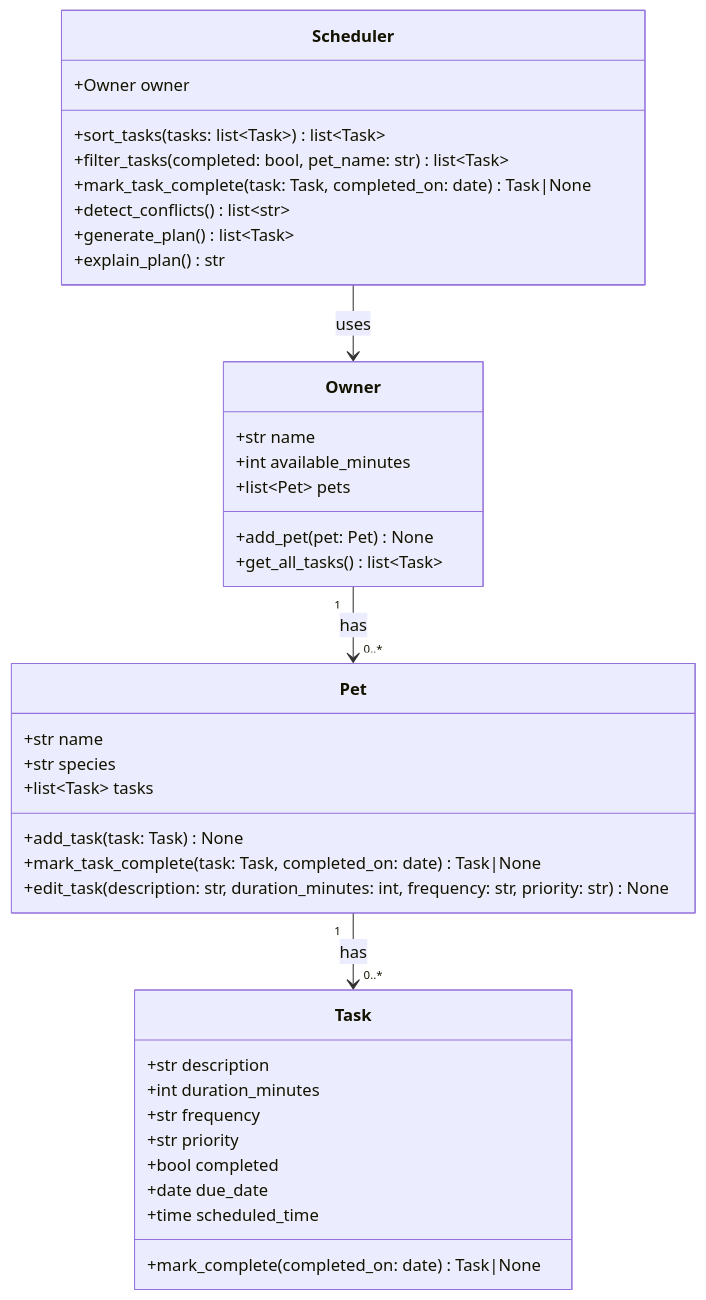
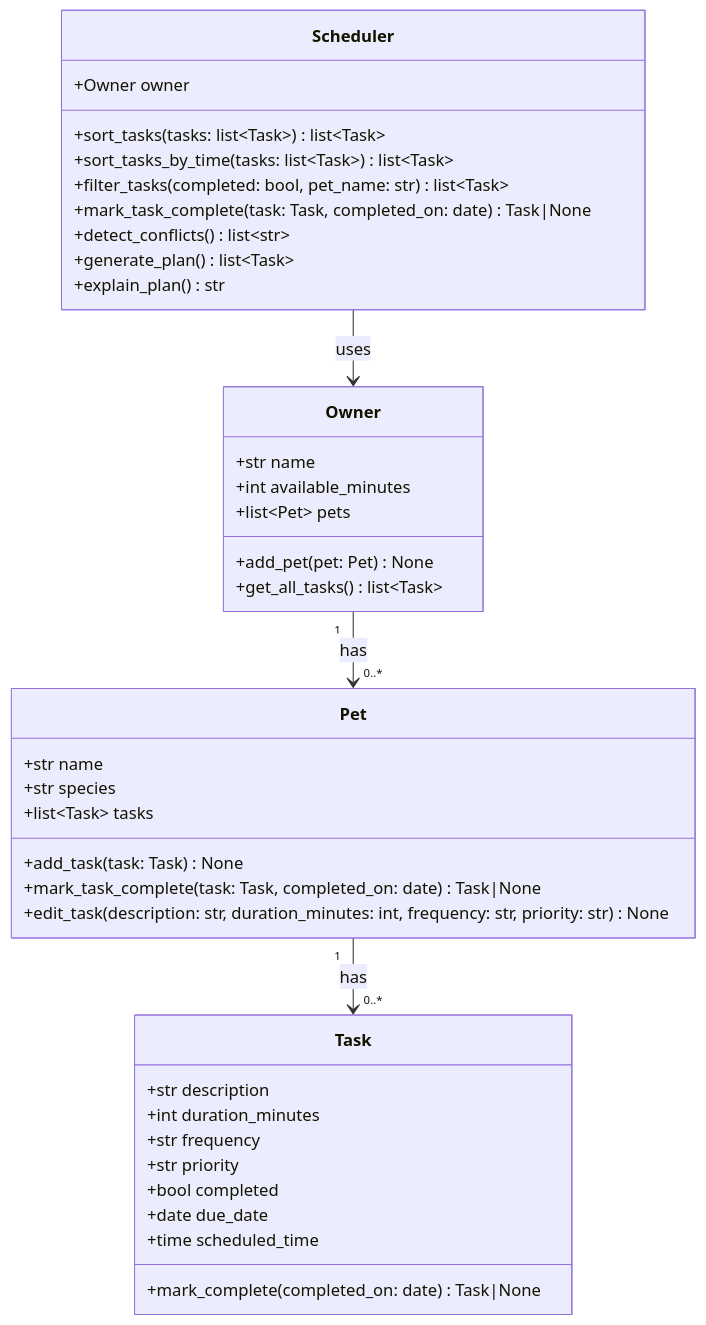
Before and after one commit to jux2lia/ai110-module2show-pawpal-starter: the diagram in diagrams/uml.mmd, drawn with Mermaid. The commit also changed 6 other files, not shown here.

```diff
--- a/diagrams/uml.mmd
+++ b/diagrams/uml.mmd
@@ -1,42 +1,43 @@
 classDiagram
     class Owner {
         +str name
         +int available_minutes
         +list~Pet~ pets
         +add_pet(pet: Pet) None
         +get_all_tasks() list~Task~
     }
 
     class Pet {
         +str name
         +str species
         +list~Task~ tasks
         +add_task(task: Task) None
         +mark_task_complete(task: Task, completed_on: date) Task|None
         +edit_task(description: str, duration_minutes: int, frequency: str, priority: str) None
     }
 
     class Task {
         +str description
         +int duration_minutes
         +str frequency
         +str priority
         +bool completed
         +date due_date
         +time scheduled_time
         +mark_complete(completed_on: date) Task|None
     }
 
     class Scheduler {
         +Owner owner
         +sort_tasks(tasks: list~Task~) list~Task~
+        +sort_tasks_by_time(tasks: list~Task~) list~Task~
         +filter_tasks(completed: bool, pet_name: str) list~Task~
         +mark_task_complete(task: Task, completed_on: date) Task|None
         +detect_conflicts() list~str~
         +generate_plan() list~Task~
         +explain_plan() str
     }
 
     Owner "1" --> "0..*" Pet : has
     Pet "1" --> "0..*" Task : has
     Scheduler --> Owner : uses
```
